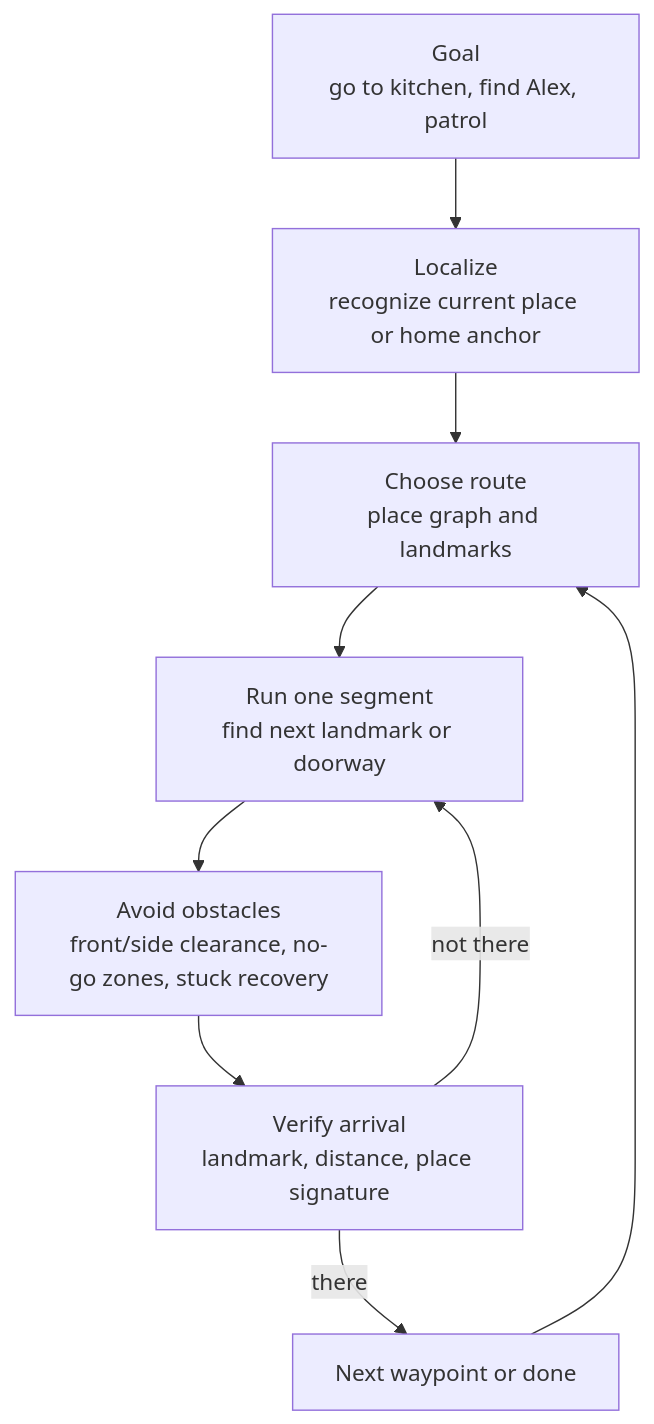
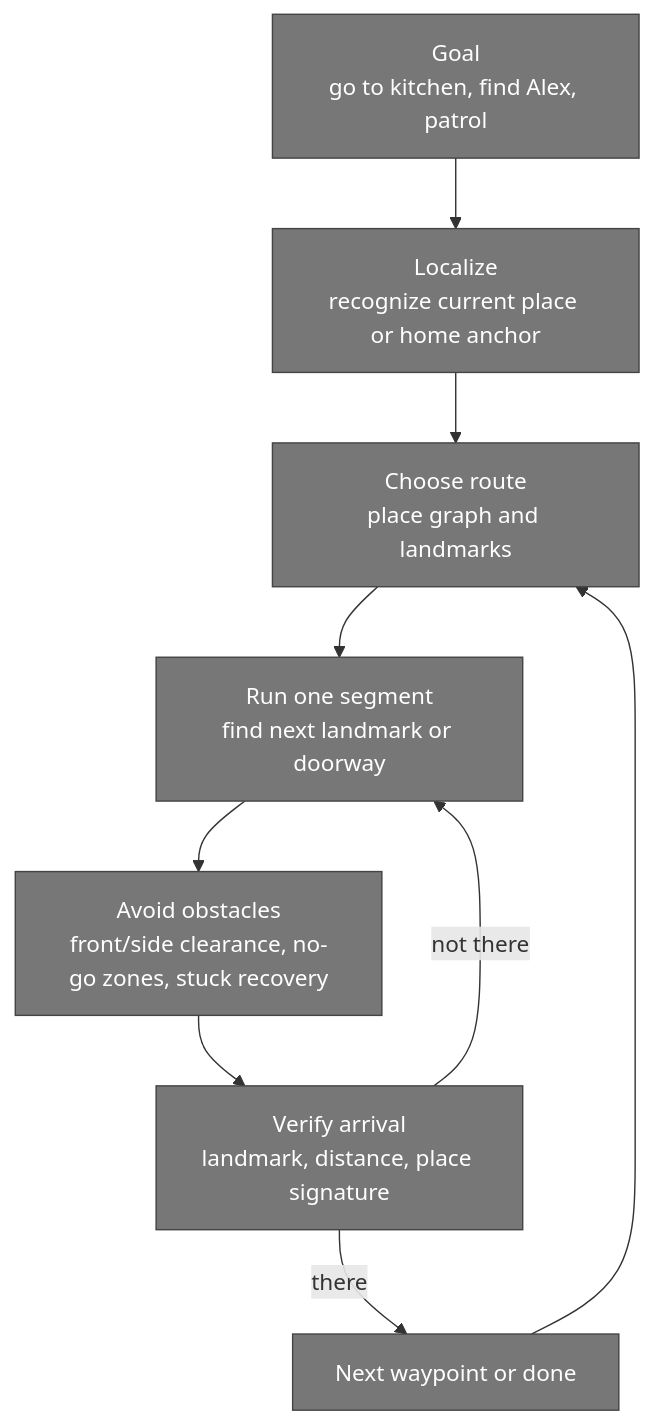
Before and after one commit to alexbhandari/pidog-public: the second of 6 diagrams in ARCHITECTURE.md, drawn with Mermaid. The commit also changed other lines of this file, not shown here.

Commit message:
sync public docs: OVERVIEW + STATUS + ARCHITECTURE (+ recordings) (2026-06-18)

````diff
--- a/ARCHITECTURE.md
+++ b/ARCHITECTURE.md
@@ -95,11 +117,13 @@
 ```mermaid
 flowchart TD
   Goal["Goal<br/>go to kitchen, find Alex, patrol"] --> Localize["Localize<br/>recognize current place or home anchor"]
   Localize --> Route["Choose route<br/>place graph and landmarks"]
   Route --> Segment["Run one segment<br/>find next landmark or doorway"]
   Segment --> Avoid["Avoid obstacles<br/>front/side clearance, no-go zones, stuck recovery"]
   Avoid --> Verify["Verify arrival<br/>landmark, distance, place signature"]
   Verify -->|not there| Segment
   Verify -->|there| Next["Next waypoint or done"]
   Next --> Route
+  classDef todo fill:#777,stroke:#444,color:#fff
+  class Goal,Localize,Route,Segment,Avoid,Verify,Next todo
 ```
````
